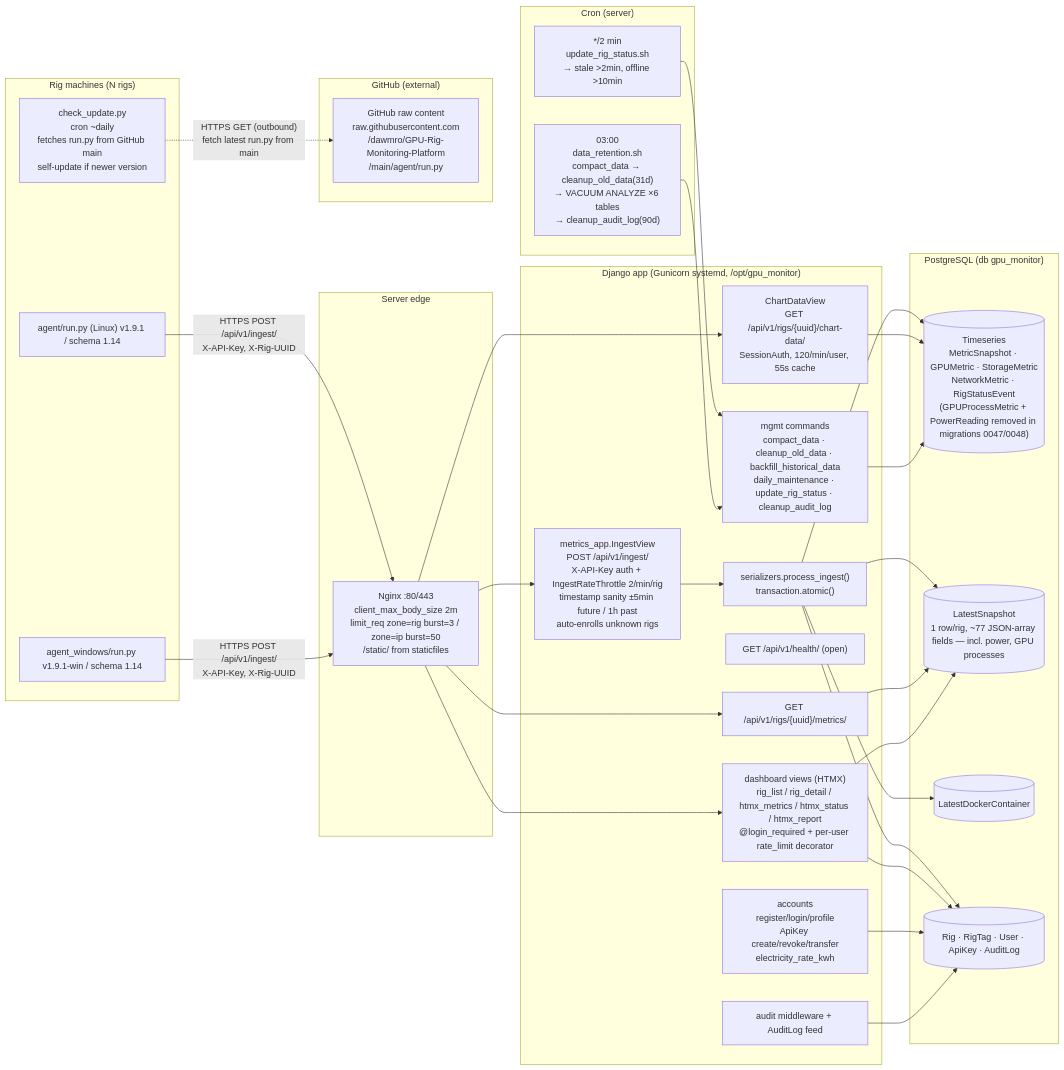
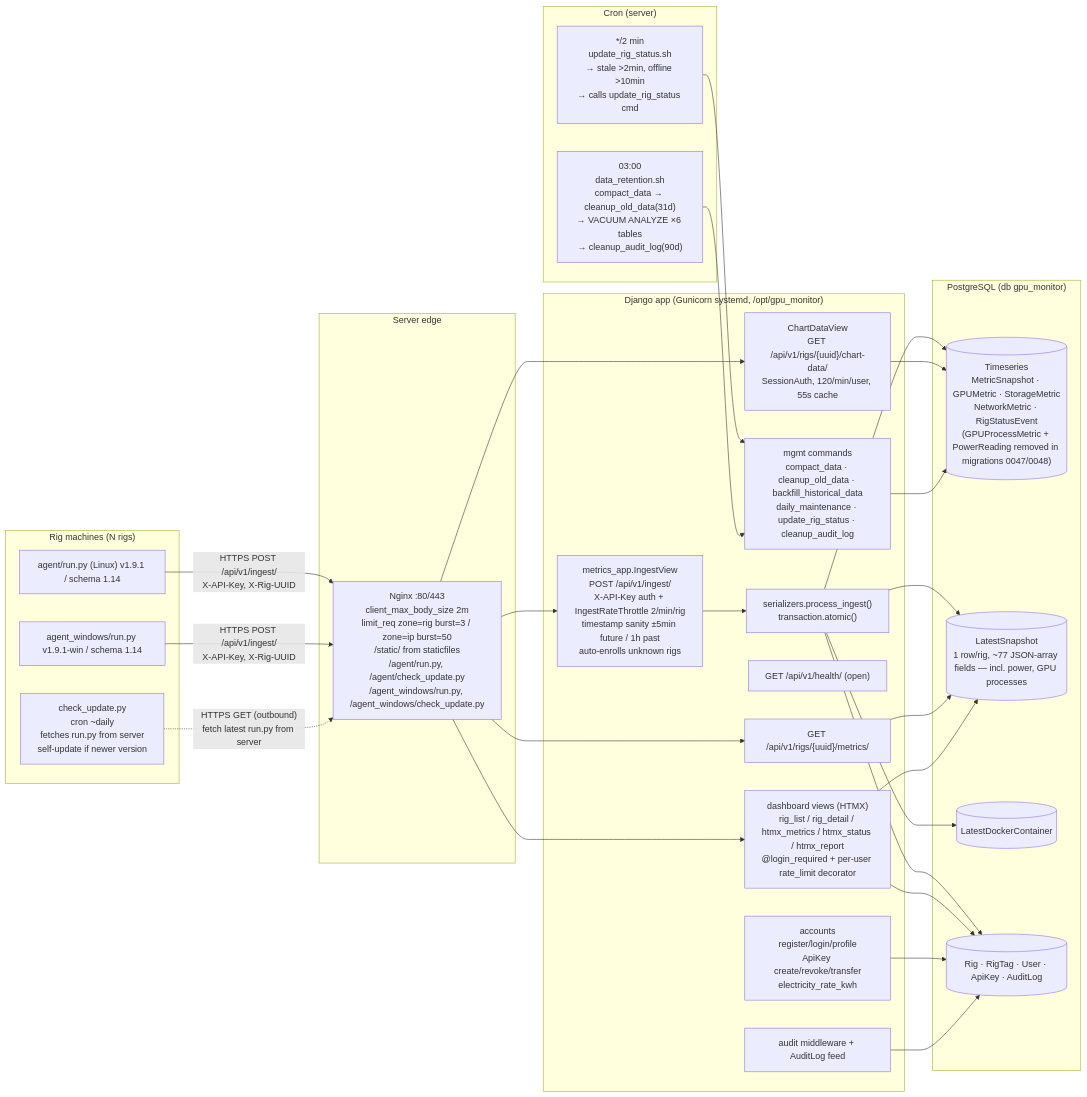
One commit to dawmro/GPU-Rig-Monitoring-Platform changed the diagram in README.md. Above: the diagram before and after it, drawn with Mermaid. The commit also changed other lines of this file and 5 other files, not shown here.

First line of the commit message:
docs: Update agent update source from GitHub to server

````diff
--- a/README.md
+++ b/README.md
@@ -230,59 +230,55 @@
 ```mermaid
 flowchart LR
     subgraph Rigs["Rig machines (N rigs)"]
         A1["agent/run.py (Linux) v1.9.1 / schema 1.14"]
         A2["agent_windows/run.py v1.9.1-win / schema 1.14"]
-        A3["check_update.py<br/>cron ~daily<br/>fetches run.py from GitHub main<br/>self-update if newer version"]
+        A3["check_update.py<br/>cron ~daily<br/>fetches run.py from server<br/>self-update if newer version"]
     end
 
     subgraph Edge["Server edge"]
-        NG["Nginx :80/443<br/>client_max_body_size 2m<br/>limit_req zone=rig burst=3 / zone=ip burst=50<br/>/static/ from staticfiles"]
+        NG["Nginx :80/443<br/>client_max_body_size 2m<br/>limit_req zone=rig burst=3 / zone=ip burst=50<br/>/static/ from staticfiles<br/>/agent/run.py, /agent/check_update.py<br/>/agent_windows/run.py, /agent_windows/check_update.py"]
     end
 
     subgraph App["Django app (Gunicorn systemd, /opt/gpu_monitor)"]
         ING["metrics_app.IngestView<br/>POST /api/v1/ingest/<br/>X-API-Key auth + IngestRateThrottle 2/min/rig<br/>timestamp sanity ±5min future / 1h past<br/>auto-enrolls unknown rigs"]
         SER["serializers.process_ingest()<br/>transaction.atomic()"]
         CH["ChartDataView<br/>GET /api/v1/rigs/{uuid}/chart-data/<br/>SessionAuth, 120/min/user, 55s cache"]
         MET["GET /api/v1/rigs/{uuid}/metrics/"]
         HLTH["GET /api/v1/health/ (open)"]
         DASH["dashboard views (HTMX)<br/>rig_list / rig_detail / htmx_metrics / htmx_status / htmx_report<br/>@login_required + per-user rate_limit decorator"]
         ACC["accounts<br/>register/login/profile<br/>ApiKey create/revoke/transfer<br/>electricity_rate_kwh"]
         AUD["audit middleware + AuditLog feed"]
         CMD["mgmt commands<br/>compact_data · cleanup_old_data · backfill_historical_data<br/>daily_maintenance · update_rig_status · cleanup_audit_log"]
     end
 
     subgraph Data["PostgreSQL (db gpu_monitor)"]
         TS[("Timeseries<br/>MetricSnapshot · GPUMetric · StorageMetric<br/>NetworkMetric · RigStatusEvent<br/>(GPUProcessMetric + PowerReading removed in migrations 0047/0048)")]
         LS[("LatestSnapshot<br/>1 row/rig, ~77 JSON-array fields — incl. power, GPU processes")]
         LD[("LatestDockerContainer")]
         RG[("Rig · RigTag · User · ApiKey · AuditLog")]
     end
 
     subgraph Ops["Cron (server)"]
-        C1["*/2 min<br/>update_rig_status.sh<br/>→ stale >2min, offline >10min"]
-        C2["03:00<br/>data_retention.sh<br/>compact_data → cleanup_old_data(31d)<br/>→ VACUUM ANALYZE ×6 tables<br/>→ cleanup_audit_log(90d)"]
-    end
+            C1["*/2 min<br/>update_rig_status.sh<br/>→ stale >2min, offline >10min<br/>→ calls update_rig_status cmd"]
+            C2["03:00<br/>data_retention.sh<br/>compact_data → cleanup_old_data(31d)<br/>→ VACUUM ANALYZE ×6 tables<br/>→ cleanup_audit_log(90d)"]
+        end
 
-    subgraph GitHub["GitHub (external)"]
-        GH["GitHub raw content<br/>raw.githubusercontent.com<br/>/dawmro/GPU-Rig-Monitoring-Platform<br/>/main/agent/run.py"]
-    end
-
-    A1 -->|"HTTPS POST /api/v1/ingest/<br/>X-API-Key, X-Rig-UUID"| NG
-    A2 -->|"HTTPS POST /api/v1/ingest/<br/>X-API-Key, X-Rig-UUID"| NG
-    A3 -.->|"HTTPS GET (outbound)<br/>fetch latest run.py from main"| GH
+        A1 -->|"HTTPS POST /api/v1/ingest/<br/>X-API-Key, X-Rig-UUID"| NG
+        A2 -->|"HTTPS POST /api/v1/ingest/<br/>X-API-Key, X-Rig-UUID"| NG
+        A3 -.->|"HTTPS GET (outbound)<br/>fetch latest run.py from server"| NG
     
     NG --> ING --> SER
     SER --> TS
     SER --> LS
     SER --> LD
     SER --> RG
     NG --> CH --> TS
     NG --> MET --> LS
     NG --> DASH --> LS
     DASH --> RG
     ACC --> RG
     AUD --> RG
     C1 --> CMD
     C2 --> CMD
     CMD --> TS
 ```
````
